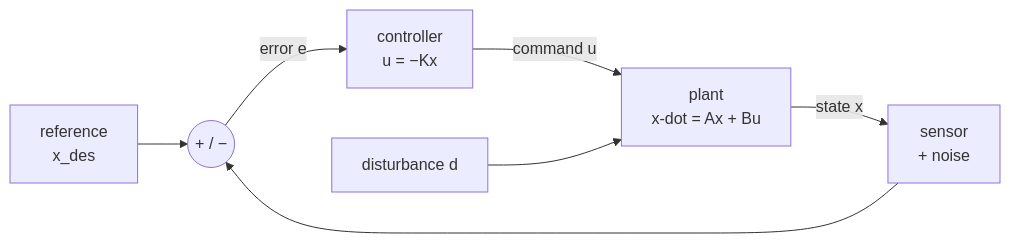
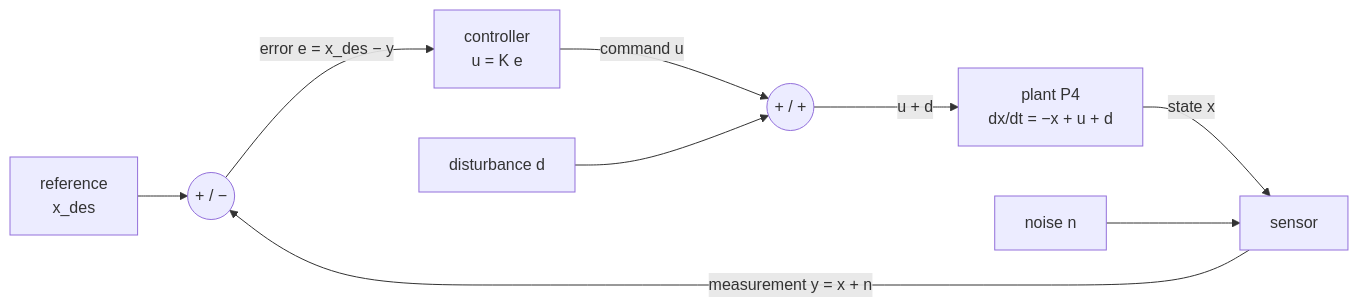
One commit to jiseop-byeon/phd-wiki changed the first of 2 diagrams in content/04-robotics/control-theory-ce397.md. Above: the diagram before and after it, drawn with Mermaid. The commit also changed other lines of this file and 26 other files, not shown here.

````diff
--- a/content/04-robotics/control-theory-ce397.md
+++ b/content/04-robotics/control-theory-ce397.md
@@ -120,9 +159,11 @@
 ```mermaid
 flowchart LR
     R["reference<br/>x_des"] --> E(("+ / −"))
-    E -->|"error e"| K["controller<br/>u = −Kx"]
-    K -->|"command u"| P["plant<br/>x-dot = Ax + Bu"]
-    D["disturbance d"] --> P
-    P -->|"state x"| S["sensor<br/>+ noise"]
-    S --> E
+    E -->|"error e = x_des − y"| C["controller<br/>u = K e"]
+    C -->|"command u"| J(("+ / +"))
+    D["disturbance d"] --> J
+    J -->|"u + d"| P["plant P4<br/>dx/dt = −x + u + d"]
+    P -->|"state x"| S["sensor"]
+    N["noise n"] --> S
+    S -->|"measurement y = x + n"| E
 ```
````
